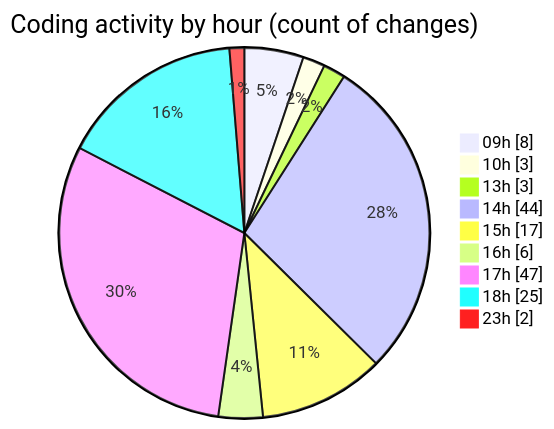
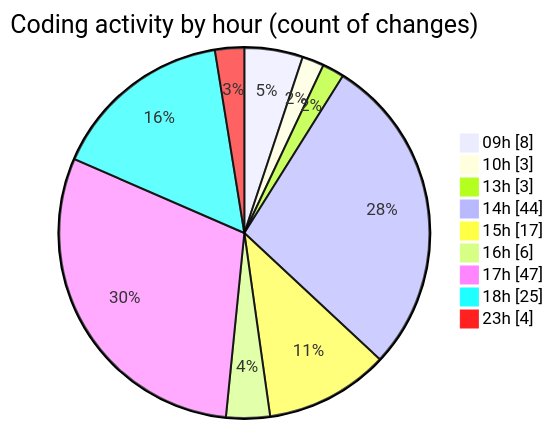
Before and after one commit to momahboobian/code-tracking: the second of 2 diagrams in 2026-04-09/cda/README.md, drawn with Mermaid. The commit also changed other lines of this file and 1 other file, not shown here.

````diff
--- a/2026-04-09/cda/README.md
+++ b/2026-04-09/cda/README.md
@@ -44,13 +44,13 @@
 ```mermaid
 pie showData
 title Coding activity by hour (count of changes)
 "09h" : 8
 "10h" : 3
 "13h" : 3
 "14h" : 44
 "15h" : 17
 "16h" : 6
 "17h" : 47
 "18h" : 25
-"23h" : 2
+"23h" : 4
 ```
````
